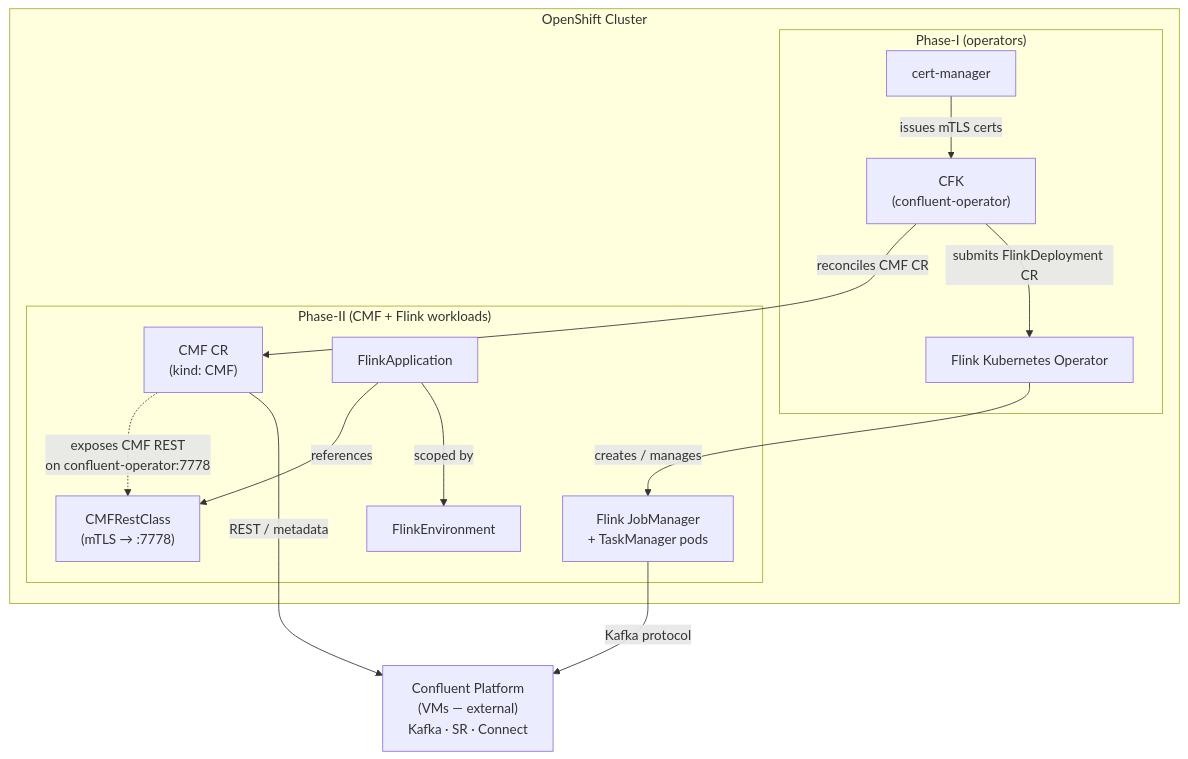
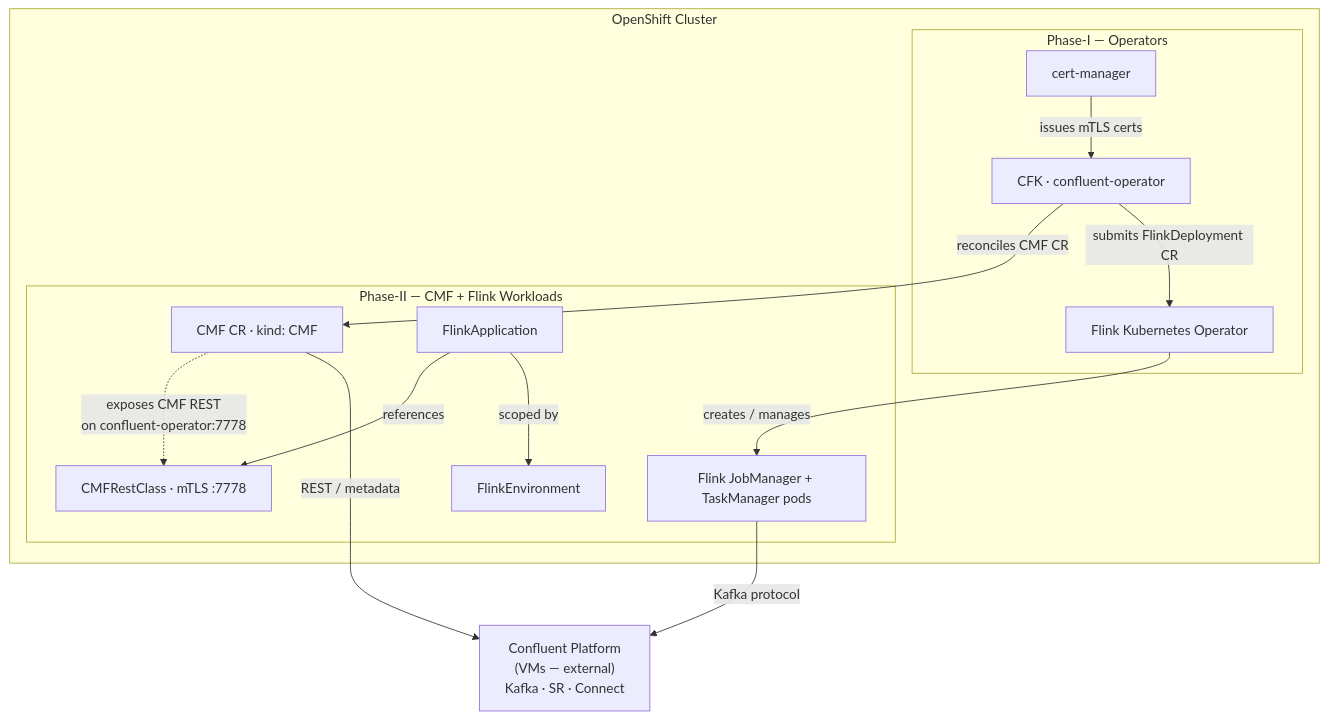
The first of 3 diagrams in README-PHASE-II.md (aadmassu/flink-on-k8s-with-cp), drawn with Mermaid before and after one commit.

Commit message:
Fix Phase-II Mermaid diagram: widen nodes to prevent subgraph label clipping

````diff
--- a/README-PHASE-II.md
+++ b/README-PHASE-II.md
@@ -45,31 +45,31 @@
 ```mermaid
 flowchart TD
     subgraph cluster["OpenShift Cluster"]
-        subgraph phase1["Phase-I (operators)"]
+        subgraph phase1["Phase-I — Operators"]
             cm["cert-manager"]
-            cfk["CFK<br>(confluent-operator)"]
+            cfk["CFK · confluent-operator"]
             fop["Flink Kubernetes Operator"]
         end
 
-        subgraph phase2["Phase-II (CMF + Flink workloads)"]
-            cmf["CMF CR<br>(kind: CMF)"]
-            restclass["CMFRestClass<br>(mTLS → :7778)"]
+        subgraph phase2["Phase-II — CMF + Flink Workloads"]
+            cmf["CMF CR · kind: CMF"]
+            restclass["CMFRestClass · mTLS :7778"]
             fenv["FlinkEnvironment"]
             fapp["FlinkApplication"]
-            flink_pods["Flink JobManager<br>+ TaskManager pods"]
+            flink_pods["Flink JobManager + TaskManager pods"]
         end
 
         cm -- "issues mTLS certs" --> cfk
         cfk -- "reconciles CMF CR" --> cmf
         cmf -. "exposes CMF REST<br>on confluent-operator:7778" .-> restclass
         fapp -- "references" --> restclass
         fapp -- "scoped by" --> fenv
         cfk -- "submits FlinkDeployment CR" --> fop
         fop -- "creates / manages" --> flink_pods
     end
 
     cp["Confluent Platform<br>(VMs — external)<br>Kafka · SR · Connect"]
 
     flink_pods -- "Kafka protocol" --> cp
     cmf -- "REST / metadata" --> cp
 ```
````
